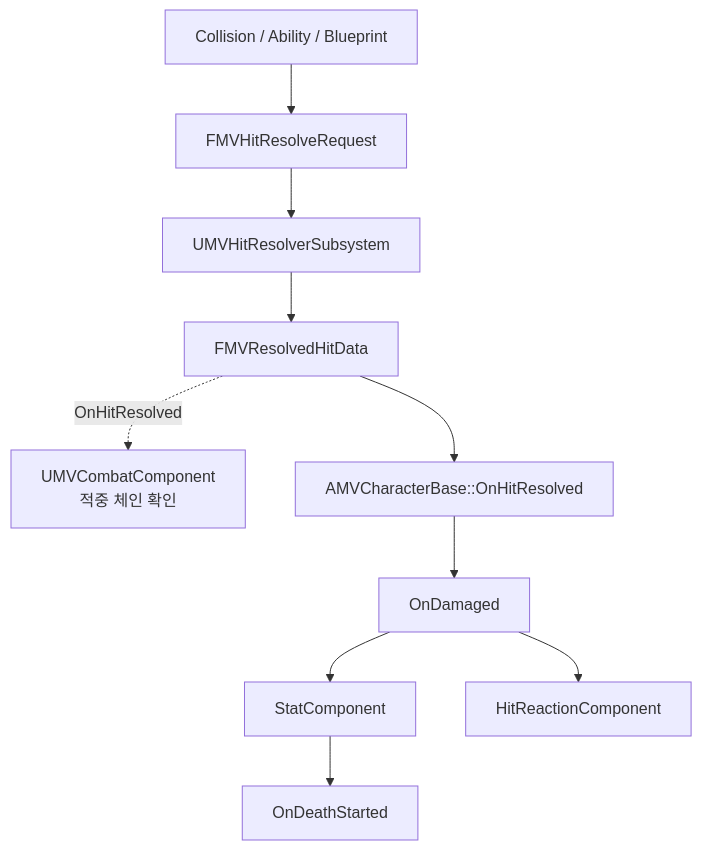
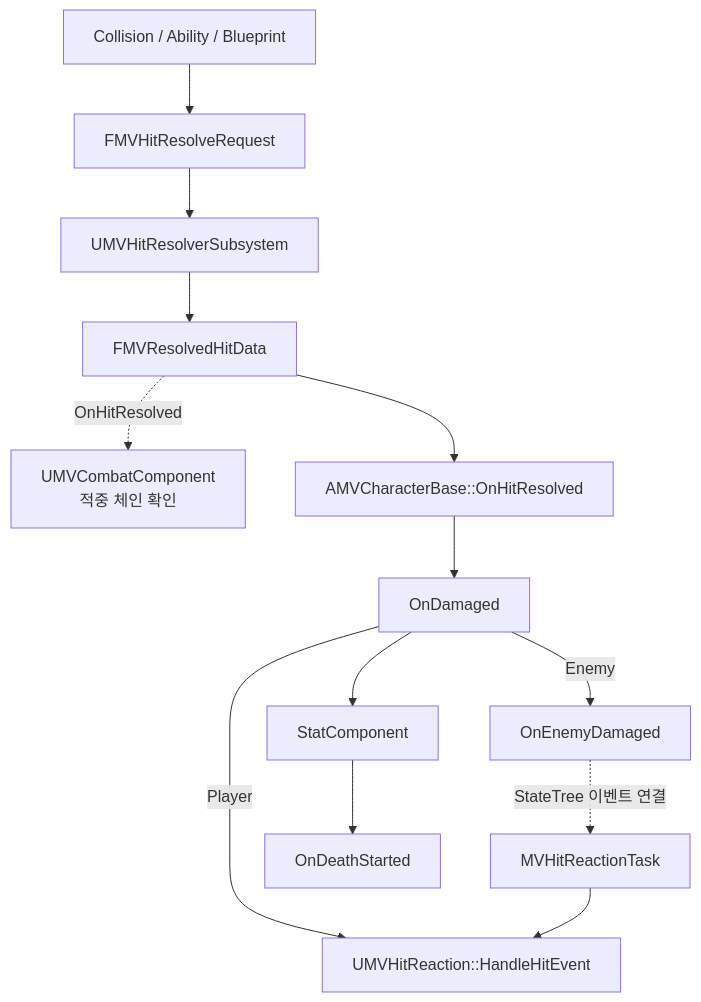
Before and after one commit to DreamersStudio3/Maverick: the first of 4 diagrams in docs/wiki/Features/Hit-Stat-HitReaction/document.md, drawn with Mermaid. The commit also changed other lines of this file and 4 other files, not shown here.

````diff
--- a/docs/wiki/Features/Hit-Stat-HitReaction/document.md
+++ b/docs/wiki/Features/Hit-Stat-HitReaction/document.md
@@ -16,12 +17,15 @@
 ```mermaid
 flowchart TD
     HitSource["Collision / Ability / Blueprint"] --> Request["FMVHitResolveRequest"]
     Request --> Resolver["UMVHitResolverSubsystem"]
     Resolver --> Resolved["FMVResolvedHitData"]
     Resolved -. "OnHitResolved" .-> Combat["UMVCombatComponent<br/>적중 체인 확인"]
     Resolved --> Character["AMVCharacterBase::OnHitResolved"]
     Character --> Damaged["OnDamaged"]
     Damaged --> Stat["StatComponent"]
-    Damaged --> Reaction["HitReactionComponent"]
+    Damaged -->|Player| Reaction["UMVHitReaction::HandleHitEvent"]
+    Damaged -->|Enemy| EnemyEvent["OnEnemyDamaged"]
+    EnemyEvent -. "StateTree 이벤트 연결" .-> Task["MVHitReactionTask"]
+    Task --> Reaction
     Stat --> Death["OnDeathStarted"]
 ```
````
